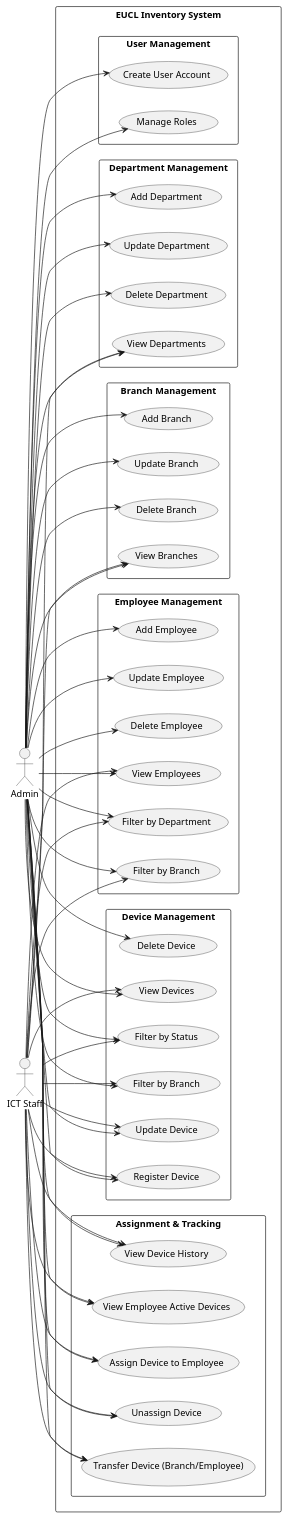
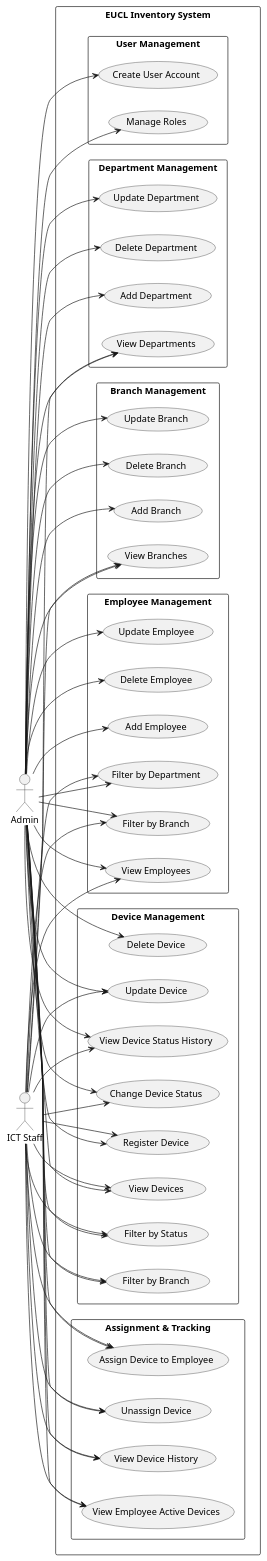
Before and after one commit to Noah-loic/Electronic-inventory-management: the diagram in EUCL/src/uml/use_case.puml, drawn with PlantUML. The commit also changed 3 other files, not shown here.

Commit message:
updated the uml to show new entity

```diff
--- a/EUCL/src/uml/use_case.puml
+++ b/EUCL/src/uml/use_case.puml
@@ -1,116 +1,119 @@
 @startuml UseCaseDiagram
 
 left to right direction
 skinparam packageStyle rectangle
 
 actor "Admin" as admin
 actor "ICT Staff" as ict
 
 rectangle "EUCL Inventory System" {
 
     ' ─── Department Management ────────────────────────
     package "Department Management" {
         usecase "Add Department" as UC24
         usecase "View Departments" as UC25
         usecase "Update Department" as UC26
         usecase "Delete Department" as UC27
     }
 
     ' ─── Branch Management ─────────────────────────
     package "Branch Management" {
         usecase "Add Branch" as UC1
         usecase "View Branches" as UC2
         usecase "Update Branch" as UC3
         usecase "Delete Branch" as UC4
     }
 
     ' ─── Employee Management ─────────────────────────
     package "Employee Management" {
         usecase "Add Employee" as UC5
         usecase "View Employees" as UC6
         usecase "Filter by Department" as UC7
         usecase "Filter by Branch" as UC8
         usecase "Update Employee" as UC9
         usecase "Delete Employee" as UC10
     }
 
     ' ─── Device Management ───────────────────────────
     package "Device Management" {
         usecase "Register Device" as UC11
         usecase "View Devices" as UC12
         usecase "Filter by Status" as UC13
         usecase "Filter by Branch" as UC14
         usecase "Update Device" as UC15
         usecase "Delete Device" as UC16
+        usecase "Change Device Status" as UC28
+        usecase "View Device Status History" as UC29
     }
 
     ' ─── Assignment & Tracking ───────────────────────
     package "Assignment & Tracking" {
         usecase "Assign Device to Employee" as UC17
         usecase "Unassign Device" as UC18
-        usecase "Transfer Device (Branch/Employee)" as UC19
         usecase "View Device History" as UC20
         usecase "View Employee Active Devices" as UC21
     }
 
     ' ─── User Management ─────────────────────────────
     package "User Management" {
         usecase "Create User Account" as UC22
         usecase "Manage Roles" as UC23
     }
 }
 
 ' ─── Admin access ────────────────────────────────────
 admin --> UC24
 admin --> UC25
 admin --> UC26
 admin --> UC27
 
 admin --> UC1
 admin --> UC2
 admin --> UC3
 admin --> UC4
 
 admin --> UC5
 admin --> UC6
 admin --> UC7
 admin --> UC8
 admin --> UC9
 admin --> UC10
 
 admin --> UC11
 admin --> UC12
 admin --> UC13
 admin --> UC14
 admin --> UC15
 admin --> UC16
+admin --> UC28
+admin --> UC29
 
 admin --> UC17
 admin --> UC18
-admin --> UC19
 admin --> UC20
 admin --> UC21
 
 admin --> UC22
 admin --> UC23
 
 ' ─── ICT Staff access ────────────────────────────────
 ict --> UC25
 ict --> UC2
 ict --> UC6
 ict --> UC7
 ict --> UC8
 
 ict --> UC11
 ict --> UC12
 ict --> UC13
 ict --> UC14
 ict --> UC15
+ict --> UC28
+ict --> UC29
 
 ict --> UC17
 ict --> UC18
-ict --> UC19
 ict --> UC20
 ict --> UC21
 
 @enduml
```
